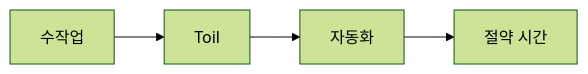
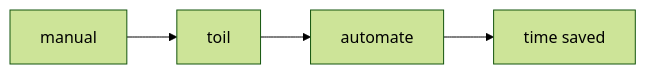
The diagram in content/sre-101/ko/08-reducing-toil.md (yeongseon-books/book-content), drawn with Mermaid (forest theme) before and after one commit. The commit also changed other lines of this file and 9 other files, not shown here.

````diff
--- a/content/sre-101/ko/08-reducing-toil.md
+++ b/content/sre-101/ko/08-reducing-toil.md
@@ -47,6 +53,6 @@
 ```mermaid
 flowchart LR
-    Manual["수작업"] --> Toil["Toil"]
-    Toil --> Automate["자동화"]
-    Automate --> Saved["절약 시간"]
+    Manual["manual"] --> Toil["toil"]
+    Toil --> Automate["automate"]
+    Automate --> Saved["time saved"]
 ```
````
